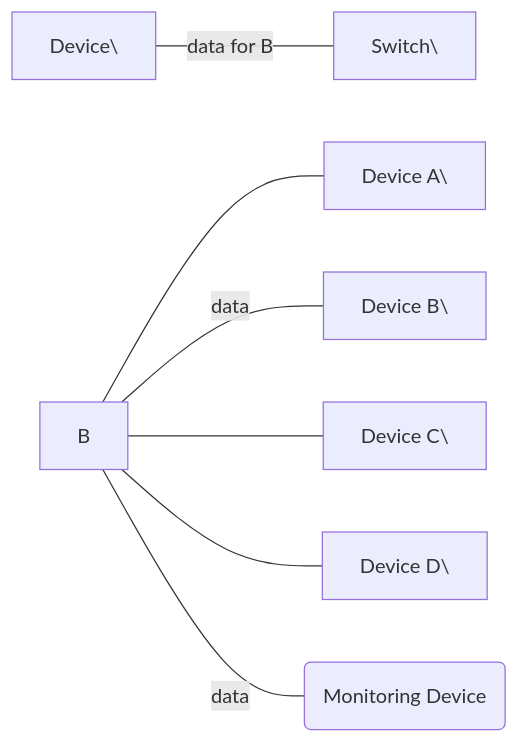
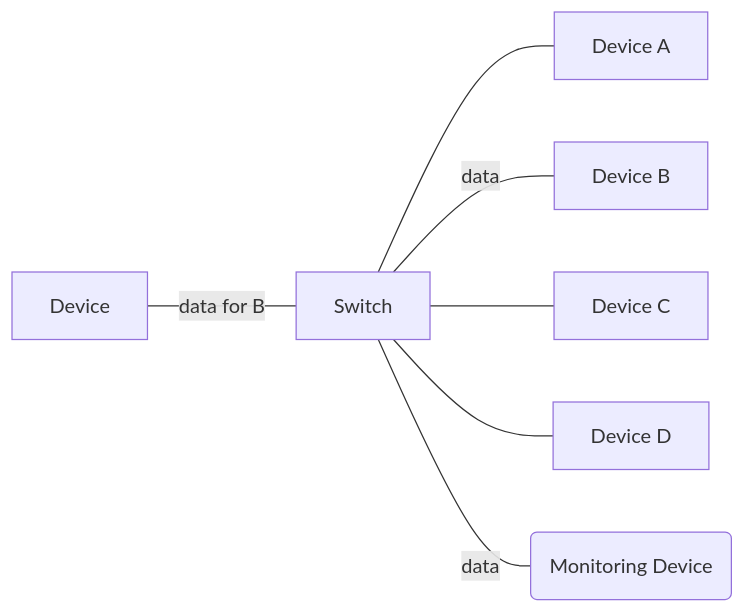
One commit to featherbear/UNSW-CSE-Thesis changed the second of 5 diagrams in site/content/posts/capturing-network-activity-securely.md. Above: the diagram before and after it, drawn with Mermaid. The commit also changed other lines of this file, not shown here.

```diff
--- a/site/content/posts/capturing-network-activity-securely.md
+++ b/site/content/posts/capturing-network-activity-securely.md
@@ -56,9 +56,9 @@
 <div class="mermaid">
 graph LR
-A\[Device\] ---|data for B| B\[Switch\]
-B --- C\[Device A\]
-B ---|data| D\[Device B\]
-B --- E\[Device C\]
-B --- F\[Device D\]
+A[Device] ---|data for B| B[Switch]
+B --- C[Device A]
+B ---|data| D[Device B]
+B --- E[Device C]
+B --- F[Device D]
 B ---|data| G(Monitoring Device)
 </div>
```
